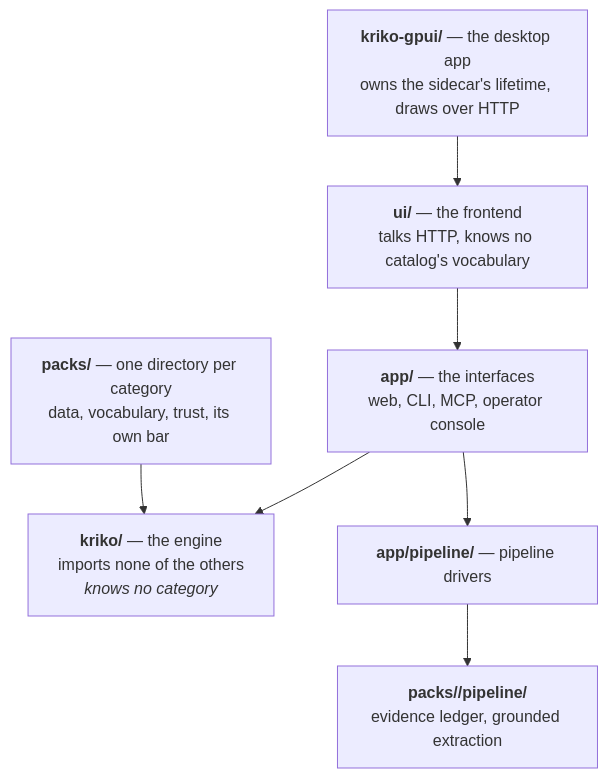
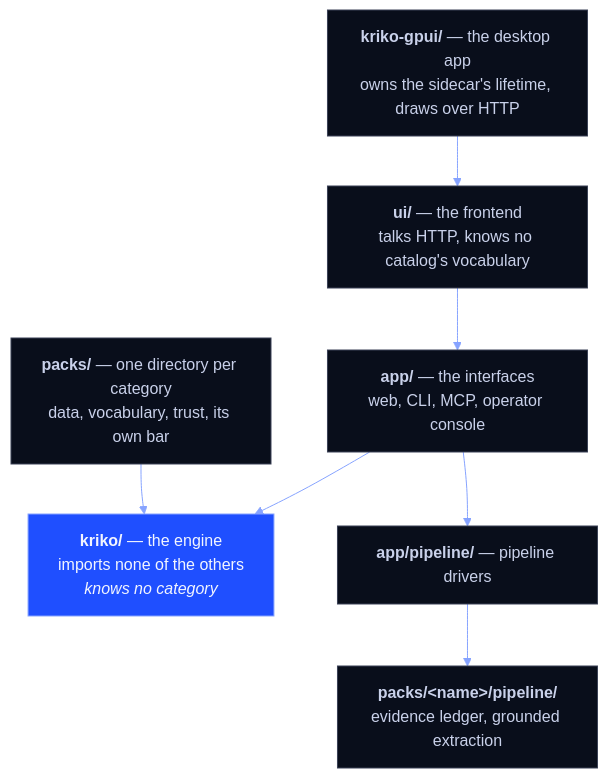
Before and after one commit to Berbadov/kriko: the fourth of 4 diagrams in docs/HOW_IT_WORKS.md, drawn with Mermaid. The commit also changed other lines of this file and 21 other files, not shown here.

````diff
--- a/docs/HOW_IT_WORKS.md
+++ b/docs/HOW_IT_WORKS.md
@@ -64,10 +105,16 @@
 ```mermaid
+%%{init: {"theme":"base","themeVariables":{"fontFamily":"ui-monospace, SFMono-Regular, Consolas, monospace","primaryColor":"#090E1B","primaryTextColor":"#F2F5FF","primaryBorderColor":"#1F4FFF","lineColor":"#86A3FF","secondaryColor":"#1739C2","tertiaryColor":"#080B16","noteBkgColor":"#BFE4FF","noteTextColor":"#05070F","actorBkg":"#090E1B","actorTextColor":"#F2F5FF","actorBorder":"#1F4FFF","signalColor":"#86A3FF","signalTextColor":"#86A3FF"}}}%%
 flowchart TD
     T["<b>kriko-gpui/</b> — the desktop app<br/>owns the sidecar's lifetime, draws over HTTP"] --> U
     U["<b>ui/</b> — the frontend<br/>talks HTTP, knows no catalog's vocabulary"] --> A
     A["<b>app/</b> — the interfaces<br/>web, CLI, MCP, operator console"] --> K
     P["<b>packs/</b> — one directory per category<br/>data, vocabulary, trust, its own bar"] --> K
     A --> PL["<b>app/pipeline/</b> — pipeline drivers"]
-    PL --> PP["<b>packs/<name>/pipeline/</b><br/>evidence ledger, grounded extraction"]
+    PL --> PP["<b>packs/#lt;name#gt;/pipeline/</b><br/>evidence ledger, grounded extraction"]
     K["<b>kriko/</b> — the engine<br/>imports none of the others<br/><i>knows no category</i>"]
+
+    classDef brand  fill:#1F4FFF,stroke:#86A3FF,color:#F2F5FF
+    classDef plain  fill:#090E1B,stroke:#3A4156,color:#C9D1EA
+    class K brand
+    class T,U,A,P,PL,PP plain
 ```
````
